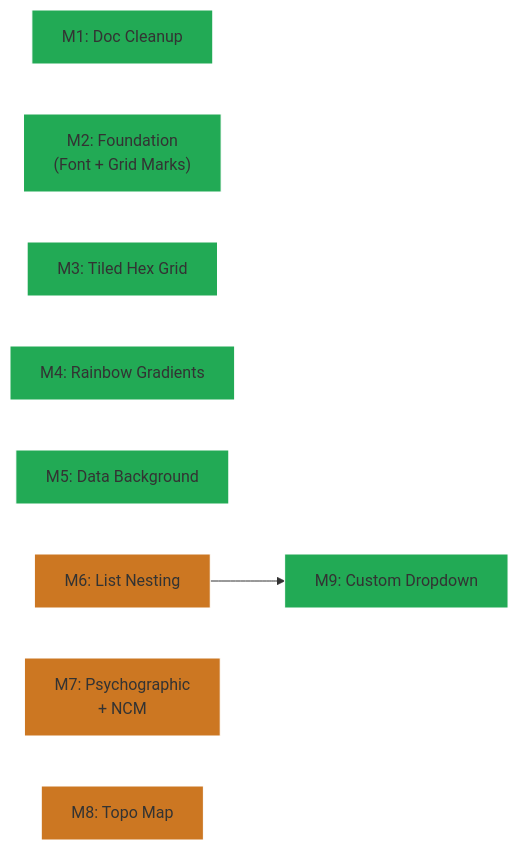
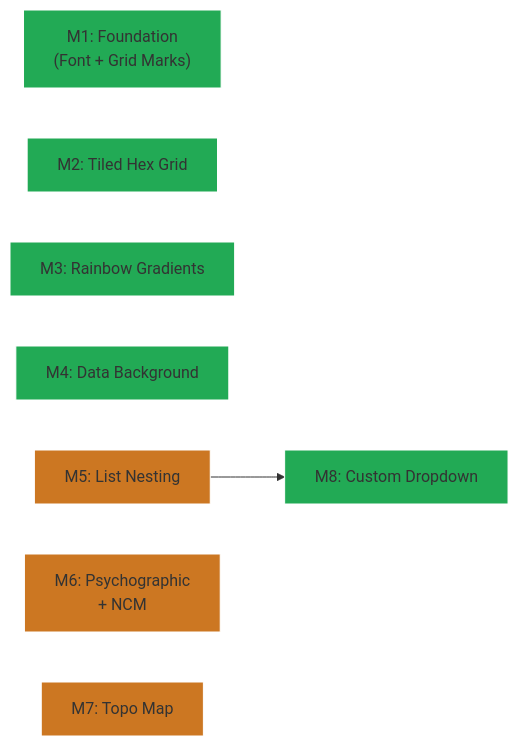
Before and after one commit to Texarkanine/nervouscsstem: the diagram in memory-bank/active/milestones.md, drawn with Mermaid. The commit also changed other lines of this file, not shown here.

Commit message:
chore: remove doc cleanup milestone, renumber M1-M8

````diff
--- a/memory-bank/active/milestones.md
+++ b/memory-bank/active/milestones.md
@@ -15,24 +15,22 @@
 ```mermaid
 graph LR
-    M1["M1: Doc Cleanup"]
-    M2["M2: Foundation<br>(Font + Grid Marks)"]
-    M3["M3: Tiled Hex Grid"]
-    M4["M4: Rainbow Gradients"]
-    M5["M5: Data Background"]
-    M6["M6: List Nesting"]
-    M7["M7: Psychographic<br>+ NCM"]
-    M8["M8: Topo Map"]
-    M9["M9: Custom Dropdown"]
+    M1["M1: Foundation<br>(Font + Grid Marks)"]
+    M2["M2: Tiled Hex Grid"]
+    M3["M3: Rainbow Gradients"]
+    M4["M4: Data Background"]
+    M5["M5: List Nesting"]
+    M6["M6: Psychographic<br>+ NCM"]
+    M7["M7: Topo Map"]
+    M8["M8: Custom Dropdown"]
 
-    M6 --> M9
+    M5 --> M8
 
     style M1 fill:#2a5,stroke:#fff
     style M2 fill:#2a5,stroke:#fff
     style M3 fill:#2a5,stroke:#fff
     style M4 fill:#2a5,stroke:#fff
-    style M5 fill:#2a5,stroke:#fff
+    style M5 fill:#c72,stroke:#fff
     style M6 fill:#c72,stroke:#fff
     style M7 fill:#c72,stroke:#fff
-    style M8 fill:#c72,stroke:#fff
-    style M9 fill:#2a5,stroke:#fff
+    style M8 fill:#2a5,stroke:#fff
 ```
````
